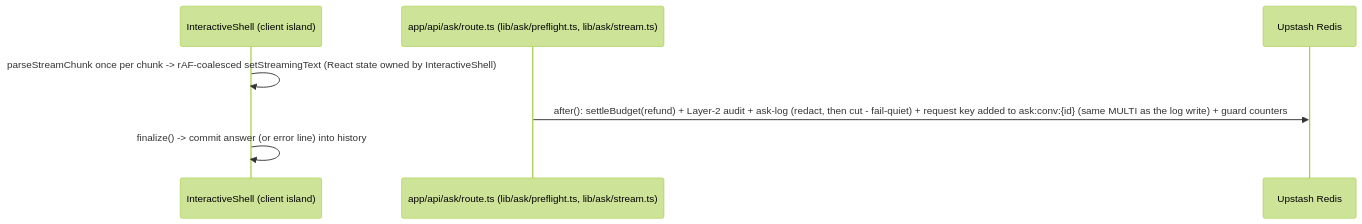
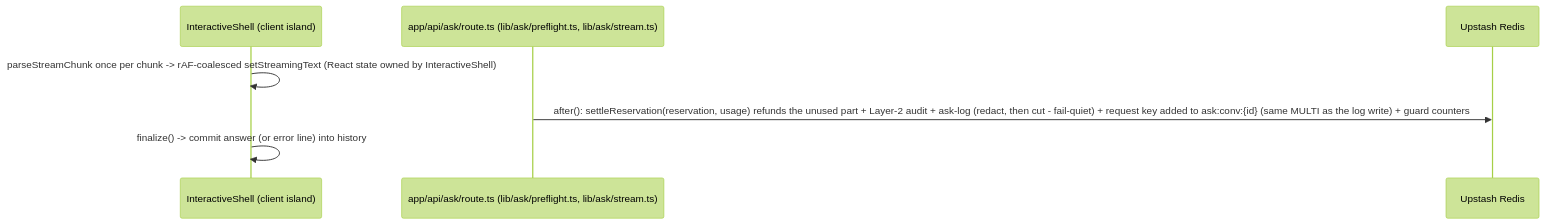
One commit to erikunha/portfolio changed the tenth of 14 diagrams in docs/03-rendering-and-data-flow.md. Above: the diagram before and after it, drawn with Mermaid (forest theme). The commit also changed other lines of this file and 1454 other files, not shown here.

First line of the commit message:
refactor(architecture): milestones M0 to M14 and native ci:full (#423)

````diff
--- a/docs/03-rendering-and-data-flow.md
+++ b/docs/03-rendering-and-data-flow.md
@@ -220,10 +228,10 @@
 ```mermaid
 sequenceDiagram
     participant U as InteractiveShell (client island)
     participant R as app/api/ask/route.ts (lib/ask/preflight.ts, lib/ask/stream.ts)
     participant KV as Upstash Redis
 
     U->>U: parseStreamChunk once per chunk -> rAF-coalesced setStreamingText (React state owned by InteractiveShell)
-    R->>KV: after(): settleBudget(refund) + Layer-2 audit + ask-log (redact, then cut - fail-quiet) + request key added to ask:conv:{id} (same MULTI as the log write) + guard counters
+    R->>KV: after(): settleReservation(reservation, usage) refunds the unused part + Layer-2 audit + ask-log (redact, then cut - fail-quiet) + request key added to ask:conv:{id} (same MULTI as the log write) + guard counters
     U->>U: finalize() -> commit answer (or error line) into history
 ```
````
